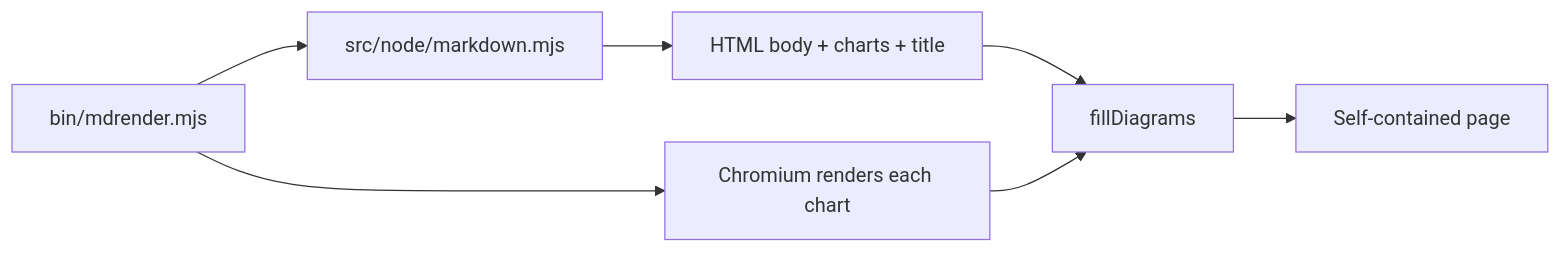
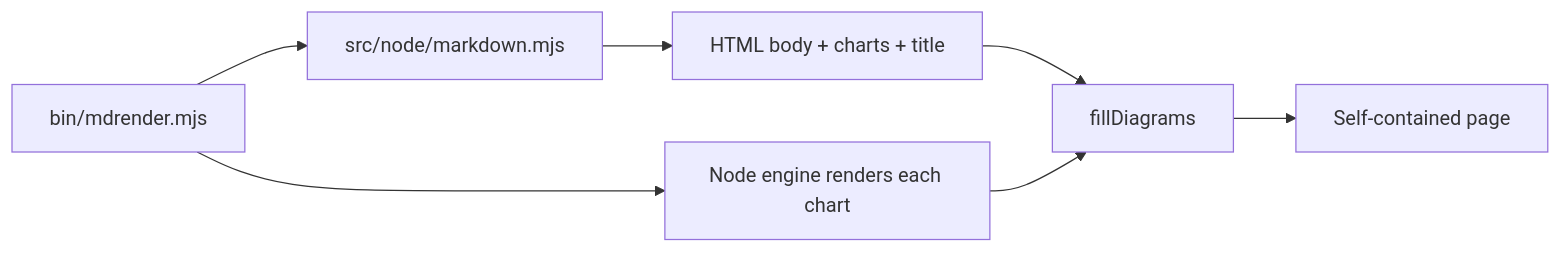
One commit to anik8das/iterm-pane-manager changed the third of 5 diagrams in docs/architecture.md. Above: the diagram before and after it, drawn with Mermaid. The commit also changed other lines of this file and 19 other files, not shown here.

````diff
--- a/docs/architecture.md
+++ b/docs/architecture.md
@@ -41,9 +42,9 @@
 ```mermaid
 flowchart LR
     MD["src/node/markdown.mjs"] --> BODY["HTML body + charts + title"]
     BODY --> FILL["fillDiagrams"]
     CLI2["bin/mdrender.mjs"] --> MD
-    CLI2 --> PW["Chromium renders each chart"]
-    PW --> FILL
+    CLI2 --> SVG["Node engine renders each chart"]
+    SVG --> FILL
     FILL --> PAGE["Self-contained page"]
 ```
````
